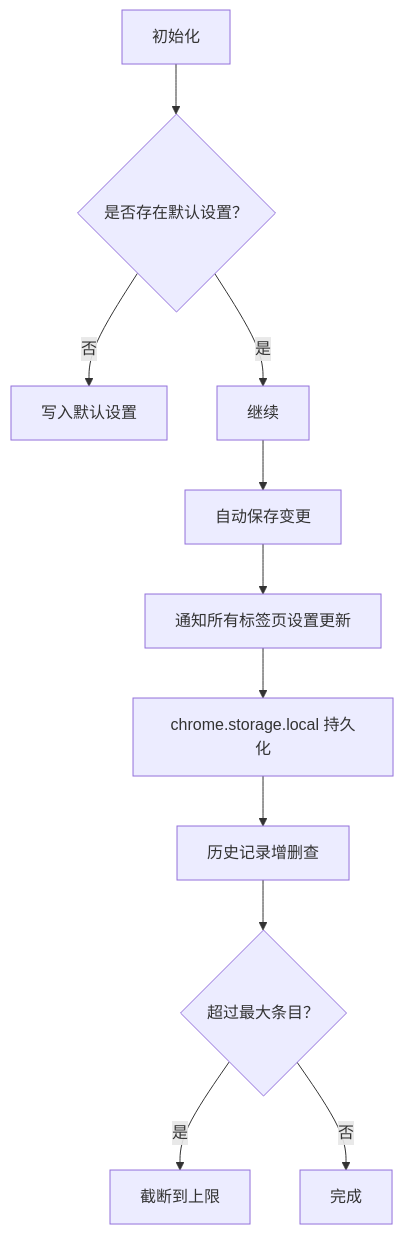
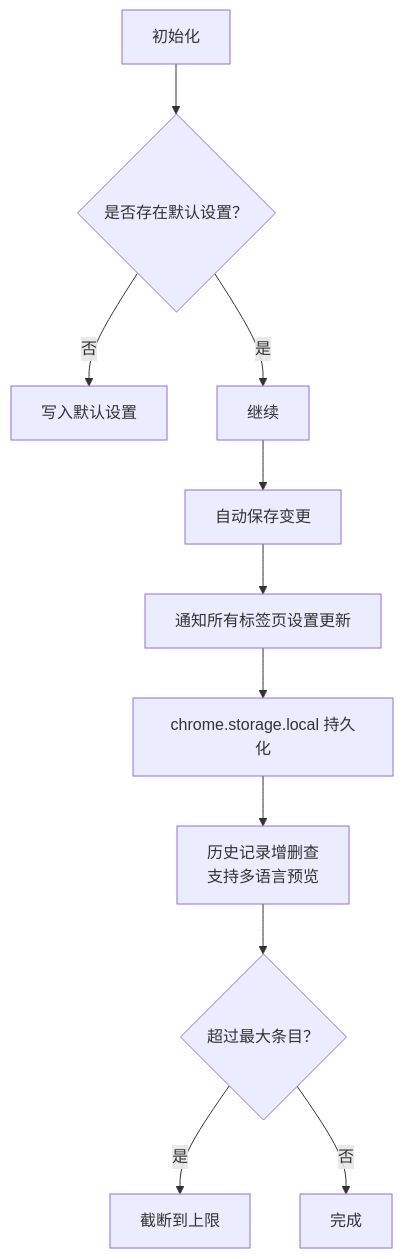
One commit to binasi/Img2Prompt changed the seventh of 8 diagrams in .qoder/repowiki/zh/content/核心功能/核心功能.md. Above: the diagram before and after it, drawn with Mermaid. The commit also changed other lines of this file and 11 other files, not shown here.

````diff
--- a/.qoder/repowiki/zh/content/核心功能/核心功能.md
+++ b/.qoder/repowiki/zh/content/核心功能/核心功能.md
@@ -289,13 +355,13 @@
 ```mermaid
 flowchart TD
 Init["初始化"] --> CheckDefaults{"是否存在默认设置？"}
 CheckDefaults --> |否| WriteDefaults["写入默认设置"]
 CheckDefaults --> |是| Continue["继续"]
 Continue --> AutoSave["自动保存变更"]
 AutoSave --> NotifyTabs["通知所有标签页设置更新"]
 NotifyTabs --> Persist["chrome.storage.local 持久化"]
-Persist --> History["历史记录增删查"]
+Persist --> History["历史记录增删查<br/>支持多语言预览"]
 History --> Limit{"超过最大条目？"}
 Limit --> |是| Truncate["截断到上限"]
 Limit --> |否| Done["完成"]
 ```
````
